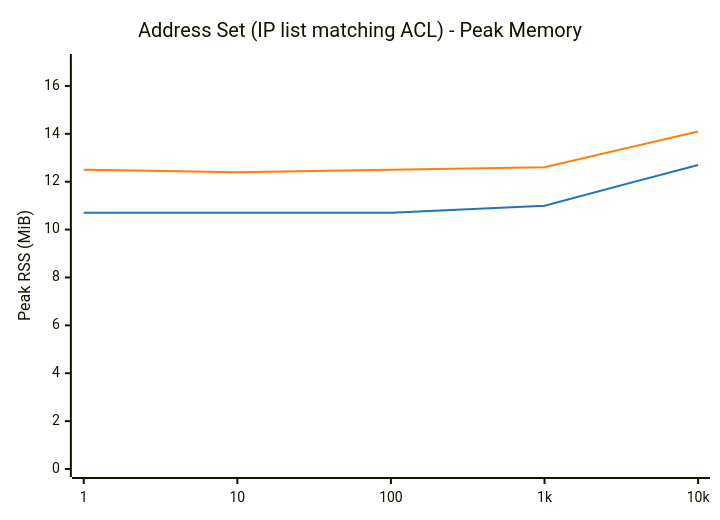
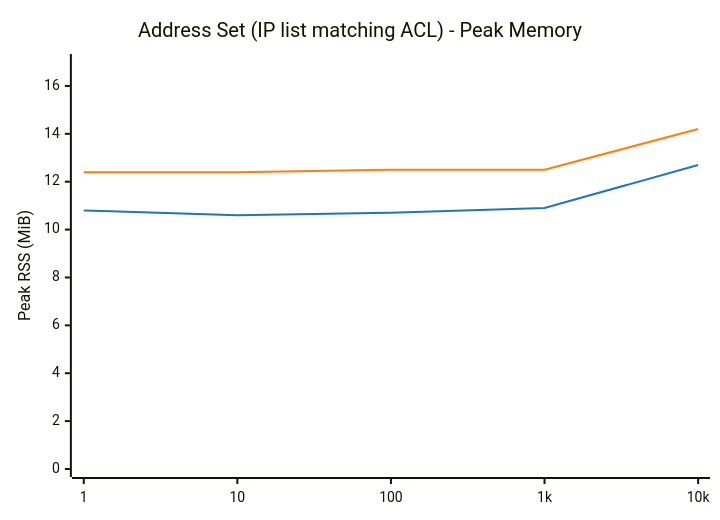
Before and after one commit to LionelJouin/ovs-ovn-bench: the sixth of 14 diagrams in results/BENCHMARK_REPORT.md, drawn with Mermaid. The commit also changed other lines of this file and 4 other files, not shown here.

````diff
--- a/results/BENCHMARK_REPORT.md
+++ b/results/BENCHMARK_REPORT.md
@@ -287,14 +293,14 @@
 ```mermaid
 ---
 config:
     themeVariables:
         xyChart:
             plotColorPalette: "#1f77b4, #ff7f0e"
 ---
 xychart-beta
     title "Address Set (IP list matching ACL) - Peak Memory"
     x-axis ["1", "10", "100", "1k", "10k"]
     y-axis "Peak RSS (MiB)" 0 --> 17
-    line "glibc malloc" [10.7, 10.7, 10.7, 11.0, 12.7]
-    line "jemalloc" [12.5, 12.4, 12.5, 12.6, 14.1]
+    line "glibc malloc" [10.8, 10.6, 10.7, 10.9, 12.7]
+    line "jemalloc" [12.4, 12.4, 12.5, 12.5, 14.2]
 ```
````
